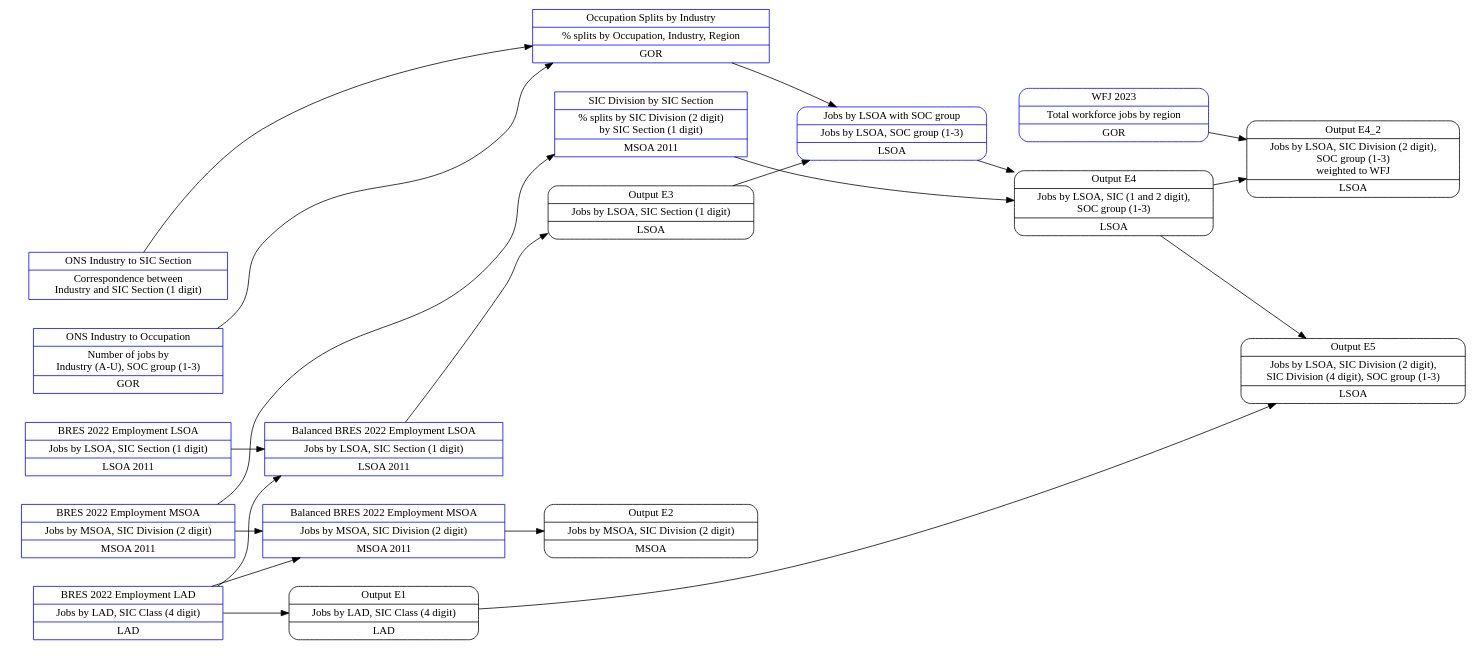
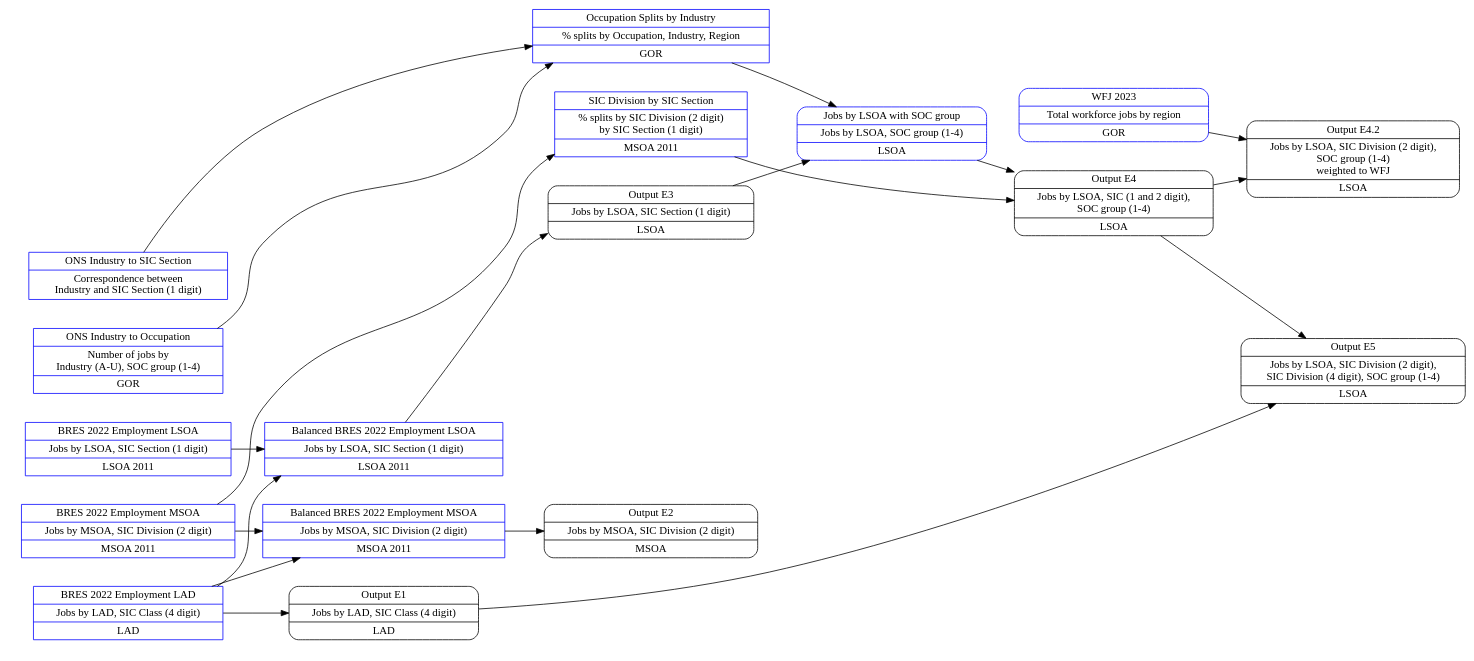
One commit to asongtoruin/Land-Use changed the second of 2 diagrams in docs/base_model_structure.rst. Above: the diagram before and after it, drawn with Graphviz.

Commit message:
Updated employment flow chart

```diff
--- a/docs/base_model_structure.rst
+++ b/docs/base_model_structure.rst
@@ -114,81 +114,81 @@
 .. graphviz::
 
     digraph G {
         rankdir="LR"
         nodesep=0.5
         node [shape=record, color=blue width=3.4]
             subgraph cluster_inputs{
                 peripheries=0
                 rank="same"
                 table_2 [label="BRES 2022 Employment MSOA|Jobs by MSOA, SIC Division (2 digit)|MSOA 2011"];
                 table_1 [label="BRES 2022 Employment LAD|Jobs by LAD, SIC Class (4 digit)|LAD"];
                 table_3 [label="BRES 2022 Employment LSOA|Jobs by LSOA, SIC Section (1 digit)|LSOA 2011"];
             }
         
         node [shape=record, color=blue width=3.4]
             subgraph cluster_inputs{
                 peripheries=0
                 rank="same"
                 table_2a [label="Balanced BRES 2022 Employment MSOA|Jobs by MSOA, SIC Division (2 digit)|MSOA 2011"];
                 table_3a [label="Balanced BRES 2022 Employment LSOA|Jobs by LSOA, SIC Section (1 digit)|LSOA 2011"];
             }
         
         node [shape=record, color=blue width=3.4]
             subgraph cluster_inputs{
                 rank="same"
                 peripheries=0
-                table_4 [label="ONS Industry to Occupation|Number of jobs by\nIndustry (A-U), SOC group (1-3)|GOR"];
+                table_4 [label="ONS Industry to Occupation|Number of jobs by\nIndustry (A-U), SOC group (1-4)|GOR"];
                 table_5 [label="ONS Industry to SIC Section|Correspondence between\nIndustry and SIC Section (1 digit)"];
             }
             
         node [shape=record, color=blue width=3.4]
             subgraph cluster_inputs{
                 peripheries=0
                 rank="same"
 
                 table_6 [label="Occupation Splits by Industry|% splits by Occupation, Industry, Region|GOR"];
                 table_8 [label="SIC Division by SIC Section|% splits by SIC Division (2 digit)\nby SIC Section (1 digit)|MSOA 2011"];
             
             }
         
         node [style=rounded, color=black]
                 subgraph cluster_inputs{
                 peripheries=0
                 rank="same"
                 output_e1 [label="Output E1|Jobs by LAD, SIC Class (4 digit)|LAD"];
                 output_e2 [label="Output E2|Jobs by MSOA, SIC Division (2 digit)|MSOA"];
                 output_e3 [label="Output E3|Jobs by LSOA, SIC Section (1 digit)|LSOA"];
             }
                 
         node [shape=record, color=blue width=3.4]
-            table_7 [label="Jobs by LSOA with SOC group|Jobs by LSOA, SOC group (1-3)|LSOA"];
+            table_7 [label="Jobs by LSOA with SOC group|Jobs by LSOA, SOC group (1-4)|LSOA"];
         
         node [shape=record, color=blue width=3.4]
             wfj_2023 [label="WFJ 2023|Total workforce jobs by region|GOR"];
             
         node [style=rounded, color=black]
-            output_e4 [label="Output E4|Jobs by LSOA, SIC (1 and 2 digit),\nSOC group (1-3)|LSOA"];
-            output_e4_2 [label="Output E4_2|Jobs by LSOA, SIC Division (2 digit),\nSOC group (1-3)\nweighted to WFJ|LSOA"];
-            output_e5 [label="Output E5|Jobs by LSOA, SIC Division (2 digit),\nSIC Division (4 digit), SOC group (1-3)|LSOA"];
+            output_e4 [label="Output E4|Jobs by LSOA, SIC (1 and 2 digit),\nSOC group (1-4)|LSOA"];
+            output_e4_2 [label="Output E4.2|Jobs by LSOA, SIC Division (2 digit),\nSOC group (1-4)\nweighted to WFJ|LSOA"];
+            output_e5 [label="Output E5|Jobs by LSOA, SIC Division (2 digit),\nSIC Division (4 digit), SOC group (1-4)|LSOA"];
         
         {rank="same" output_e3 table_6 table_8}    
 
         table_1 -> output_e1;
         output_e1 -> output_e5
         table_1 -> table_2a;
         table_1 -> table_3a;
         table_2 -> table_2a;
         table_2a -> output_e2;
         table_3 -> table_3a;
         table_3a -> output_e3;
         table_4 -> table_6;
         table_5 -> table_6;
         output_e3 -> table_7;
         table_6 -> table_7;
         table_8 -> output_e4
         table_7 -> output_e4
         table_2 -> table_8
         wfj_2023 -> output_e4_2
         output_e4 -> output_e4_2
         output_e4 -> output_e5
     }
```
